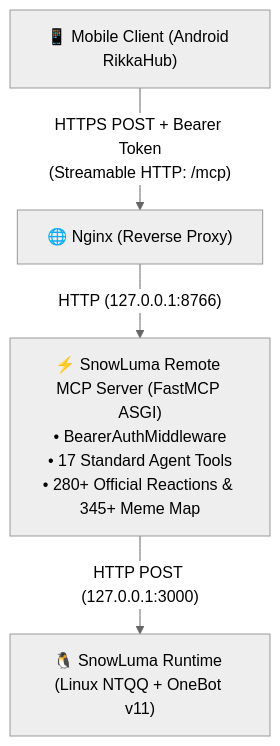
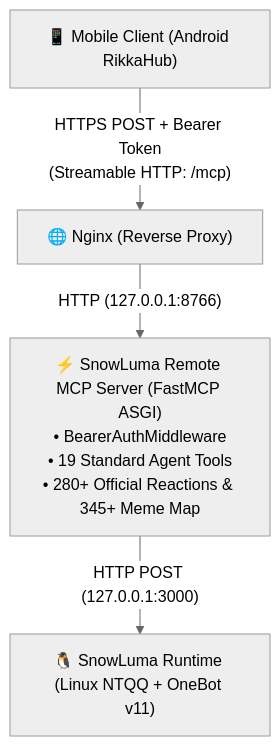
The diagram in README.md (MorphieEndless/snowluma-remote-mcp), drawn with Mermaid (neutral theme) before and after one commit. The commit also changed other lines of this file, not shown here.

Commit message:
docs: update README.md with 19 tools including forward message unpacking

````diff
--- a/README.md
+++ b/README.md
@@ -50,6 +50,6 @@
 ```mermaid
 flowchart TD
     Client["📱 Mobile Client (Android RikkaHub)"] -->|"HTTPS POST + Bearer Token<br/>(Streamable HTTP: /mcp)"| Nginx["🌐 Nginx (Reverse Proxy)"]
-    Nginx -->|"HTTP (127.0.0.1:8766)"| MCP["⚡ SnowLuma Remote MCP Server (FastMCP ASGI)<br/>• BearerAuthMiddleware<br/>• 17 Standard Agent Tools<br/>• 280+ Official Reactions & 345+ Meme Map"]
+    Nginx -->|"HTTP (127.0.0.1:8766)"| MCP["⚡ SnowLuma Remote MCP Server (FastMCP ASGI)<br/>• BearerAuthMiddleware<br/>• 19 Standard Agent Tools<br/>• 280+ Official Reactions & 345+ Meme Map"]
     MCP -->|"HTTP POST (127.0.0.1:3000)"| SnowLuma["🐧 SnowLuma Runtime (Linux NTQQ + OneBot v11)"]
 ```
````
